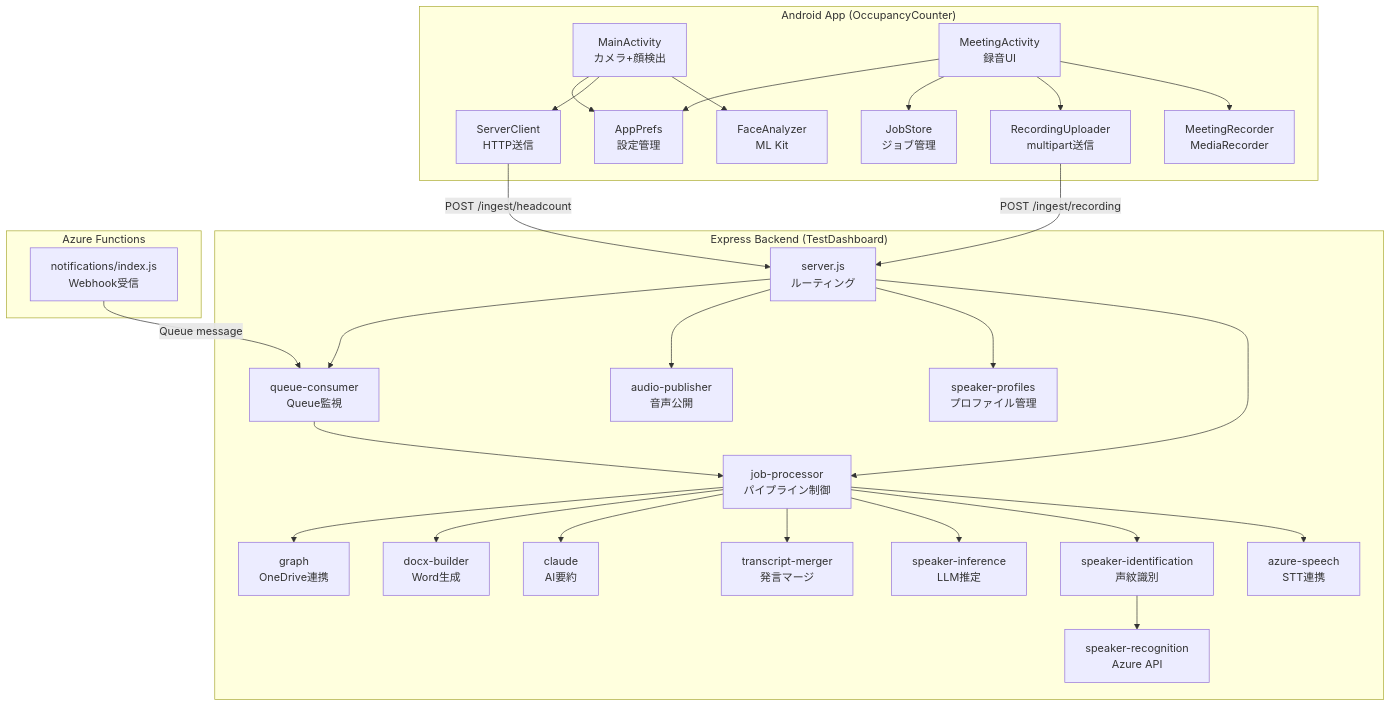
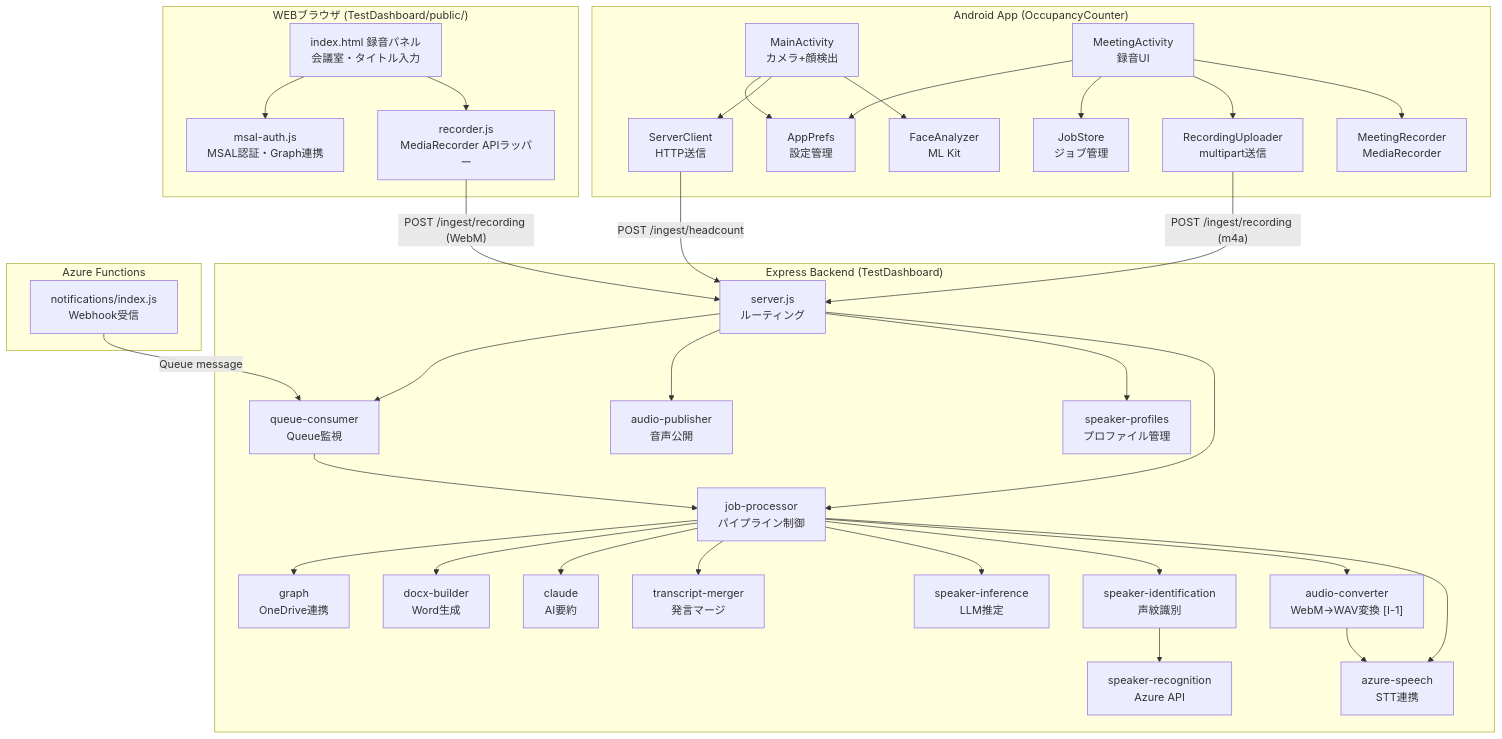
Before and after one commit to ytsutsumi30/MeetingRoot: the first of 3 diagrams in doc/02_component_design.md, drawn with Mermaid. The commit also changed other lines of this file and 19 other files, not shown here.

````diff
--- a/doc/02_component_design.md
+++ b/doc/02_component_design.md
@@ -9,59 +9,72 @@
 ```mermaid
 graph TB
     subgraph "Android App (OccupancyCounter)"
         MA["MainActivity<br/>カメラ+顔検出"]
         FA["FaceAnalyzer<br/>ML Kit"]
         SC["ServerClient<br/>HTTP送信"]
         MR["MeetingRecorder<br/>MediaRecorder"]
         MAct["MeetingActivity<br/>録音UI"]
         RU["RecordingUploader<br/>multipart送信"]
         JS["JobStore<br/>ジョブ管理"]
         AP["AppPrefs<br/>設定管理"]
 
         MA --> FA
         MA --> SC
         MAct --> MR
         MAct --> RU
         MAct --> JS
         MA --> AP
         MAct --> AP
     end
 
+    subgraph "WEBブラウザ (TestDashboard/public/)"
+        REC["recorder.js<br/>MediaRecorder APIラッパー"]
+        RECUI["index.html 録音パネル<br/>会議室・タイトル入力"]
+        MSALUI["msal-auth.js<br/>MSAL認証・Graph連携"]
+
+        RECUI --> REC
+        RECUI --> MSALUI
+    end
+
     subgraph "Express Backend (TestDashboard)"
         SRV["server.js<br/>ルーティング"]
         JP["job-processor<br/>パイプライン制御"]
         AS["azure-speech<br/>STT連携"]
         CL["claude<br/>AI要約"]
         DB["docx-builder<br/>Word生成"]
         GR["graph<br/>OneDrive連携"]
         SI["speaker-identification<br/>声紋識別"]
         SInf["speaker-inference<br/>LLM推定"]
         SP["speaker-profiles<br/>プロファイル管理"]
         SR["speaker-recognition<br/>Azure API"]
         TM["transcript-merger<br/>発言マージ"]
         QC["queue-consumer<br/>Queue監視"]
         APub["audio-publisher<br/>音声公開"]
+        AC["audio-converter<br/>WebM→WAV変換 [I-1]"]
 
         SRV --> JP
         SRV --> SP
         SRV --> APub
         SRV --> QC
         JP --> AS
+        JP --> AC
         JP --> SI
         JP --> SInf
         JP --> TM
         JP --> CL
         JP --> DB
         JP --> GR
         SI --> SR
         QC --> JP
+        AC --> AS
     end
 
     subgraph "Azure Functions"
         NF["notifications/index.js<br/>Webhook受信"]
     end
 
     SC -->|"POST /ingest/headcount"| SRV
-    RU -->|"POST /ingest/recording"| SRV
+    RU -->|"POST /ingest/recording (m4a)"| SRV
+    REC -->|"POST /ingest/recording (WebM)"| SRV
     NF -->|"Queue message"| QC
 ```
````
